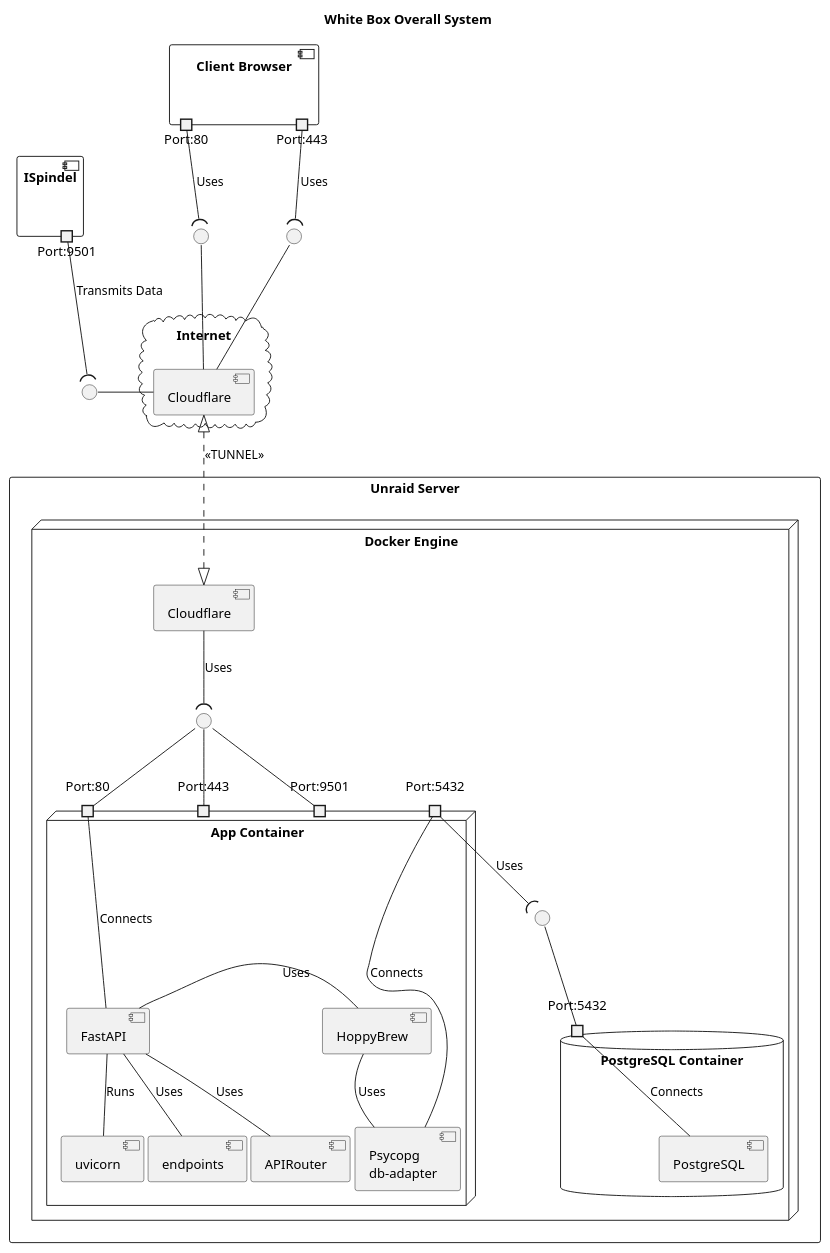
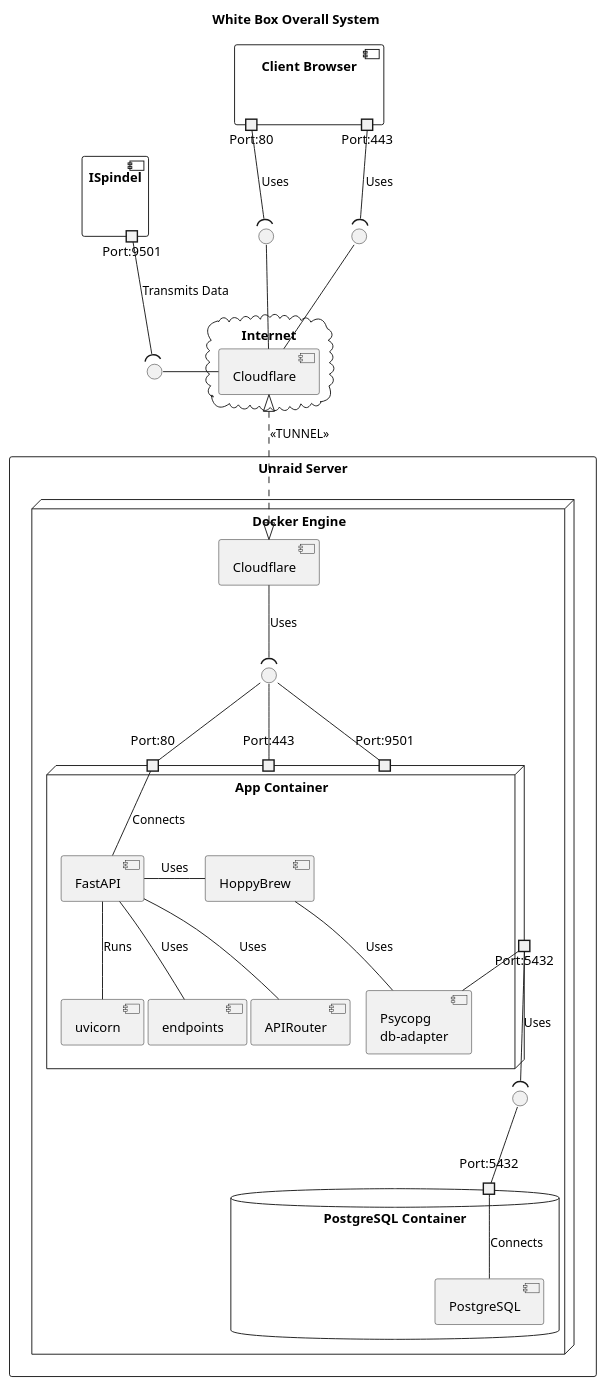
One commit to asbor/iu-project-software-engineering changed the diagram in documents/01-Conception-Phase/plantuml/04-white-box-overall-system.puml. Above: the diagram before and after it, drawn with PlantUML. The commit also changed 1 other file, not shown here.

```diff
--- a/documents/01-Conception-Phase/plantuml/04-white-box-overall-system.puml
+++ b/documents/01-Conception-Phase/plantuml/04-white-box-overall-system.puml
@@ -1,81 +1,81 @@
 @startuml 04-white-box-overall-system
 
 title White Box Overall System
 
 interface " " as I01
 interface " " as I02
 interface " " as I03
 
 component "Client Browser" as ClientBrowser{
     portout "Port:80" as ClientPort80
     portout "Port:443" as ClientPort443
 }
 component "ISpindel" as ISpindel{
     portout "Port:9501" as ISpindel_port
 }
 
 cloud "Internet" {
     component "Cloudflare" as cloudflare
 }
 
 ClientPort80 -down-( I01 : Uses
 I01 -down- cloudflare 
 
 ClientPort443 -down-( I02 : Uses
 I02 -down- cloudflare
 
 ISpindel_port --( I03 : Transmits Data
 I03 - cloudflare 
 
 
 
 
 rectangle "Unraid Server" {
     node "Docker Engine" {
         component "Cloudflare" as CloudflareTunnel
 
         cloudflare <|..|> CloudflareTunnel : <<TUNNEL>>
 
         node "App Container" as Application_Container {
             component "HoppyBrew" as HoppyBrew
             component "Psycopg\ndb-adapter" as db_adapter
             component "FastAPI" as api
             component "uvicorn" as uvicorn
             component "endpoints" as endpoints
             component "APIRouter" as APIRouter
 
             portin "Port:80" as port80
             portin "Port:443" as port443
             portin "Port:9501" as port9501
-            port "Port:5432" as db_port
+            portout "Port:5432" as port5432
             
 
             api - HoppyBrew : Uses
             HoppyBrew -- db_adapter : Uses
             api -- uvicorn  : Runs
             api -- endpoints  : Uses
             api -- APIRouter  : Uses
 
             
             port80 -down- api : Connects
-            db_adapter -- db_port : Connects
+            db_adapter -down- port5432 : Connects
         }
 
         interface " " as I04
         CloudflareTunnel --( I04 : Uses
         I04 -- port80
         I04 -- port443
         I04 -- port9501
 
         database "PostgreSQL Container" {
             component "PostgreSQL" as PostgreSQL
-            port "Port:5432" as PostgreSQL_port
-            PostgreSQL -up- PostgreSQL_port : Connects
+            portin "Port:5432" as PostgreSQL_port5432
+            PostgreSQL_port5432 - PostgreSQL : Connects
         }
 
         interface " " as I05
-        db_port --( I05 : Uses
-        I05 -- PostgreSQL_port
+        port5432 -down-( I05 : Uses
+        I05 -down- PostgreSQL_port5432
     }
 }
 @enduml
```
